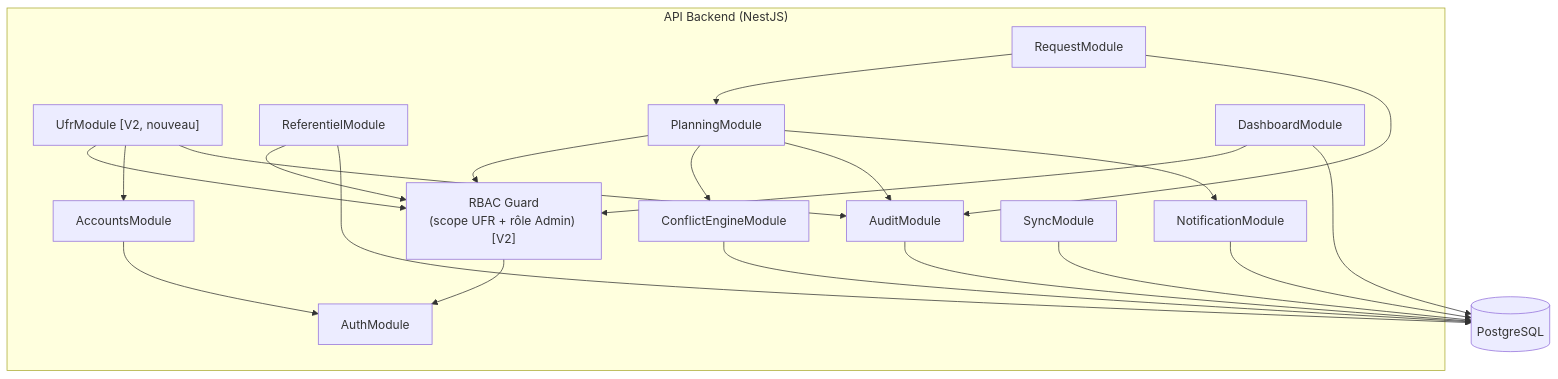
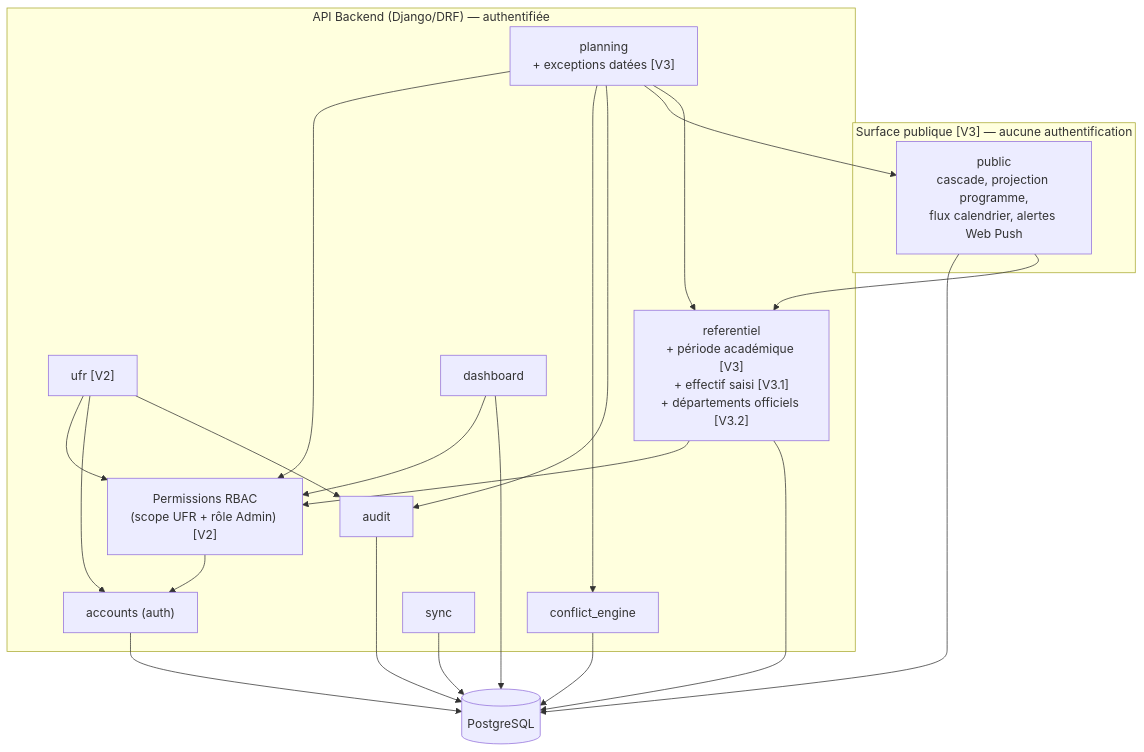
Before and after one commit to Kevin23phx/Gestionnaire_emploi_de_temps: the seventh of 7 diagrams in docs/05_UML_C4_Campus_Manager.md, drawn with Mermaid. The commit also changed other lines of this file and 59 other files, not shown here.

````diff
--- a/docs/05_UML_C4_Campus_Manager.md
+++ b/docs/05_UML_C4_Campus_Manager.md
@@ -191,38 +260,39 @@
 ```mermaid
 graph TB
-    subgraph "API Backend (NestJS)"
-        Guard["RBAC Guard<br/>(scope UFR + rôle Admin) [V2]"]
-        Auth["AuthModule"]
-        Acc["AccountsModule"]
-        Ufr["UfrModule [V2, nouveau]"]
-        Ref["ReferentielModule"]
-        Plan["PlanningModule"]
-        Conf["ConflictEngineModule"]
-        Req["RequestModule"]
-        Notif["NotificationModule"]
-        Audit["AuditModule"]
-        Dash["DashboardModule"]
-        Sync["SyncModule"]
+    subgraph "Surface publique [V3] — aucune authentification"
+        Pub["public<br/>cascade, projection programme,<br/>flux calendrier, alertes Web Push"]
+    end
+
+    subgraph "API Backend (Django/DRF) — authentifiée"
+        Guard["Permissions RBAC<br/>(scope UFR + rôle Admin) [V2]"]
+        Auth["accounts (auth)"]
+        Ufr["ufr [V2]"]
+        Ref["referentiel<br/>+ période académique [V3]<br/>+ effectif saisi [V3.1]<br/>+ départements officiels [V3.2]"]
+        Plan["planning<br/>+ exceptions datées [V3]"]
+        Conf["conflict_engine"]
+        Audit["audit"]
+        Dash["dashboard"]
+        Sync["sync"]
     end
     DB[("PostgreSQL")]
 
     Guard --> Auth
     Plan --> Guard
     Plan --> Conf
     Plan --> Audit
-    Plan --> Notif
-    Req --> Plan
-    Req --> Audit
-    Acc --> Auth
+    Plan --> Pub
+    Plan --> Ref
+    Auth --> DB
     Ufr --> Guard
-    Ufr --> Acc
+    Ufr --> Auth
     Ufr --> Audit
     Ref --> Guard
     Ref --> DB
     Conf --> DB
     Audit --> DB
-    Notif --> DB
     Dash --> Guard
     Dash --> DB
     Sync --> DB
+    Pub --> DB
+    Pub --> Ref
 ```
````
